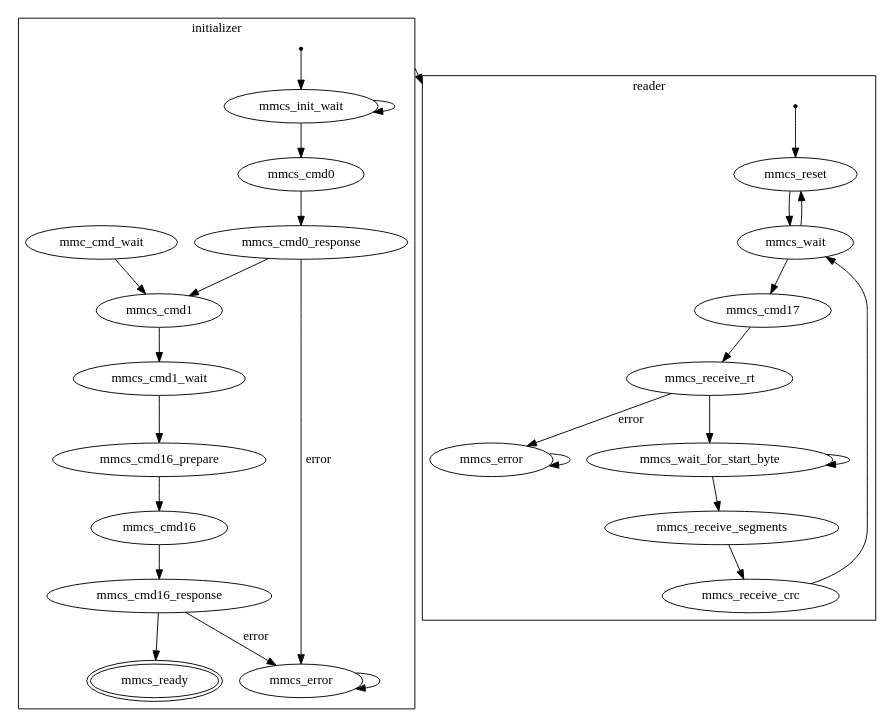
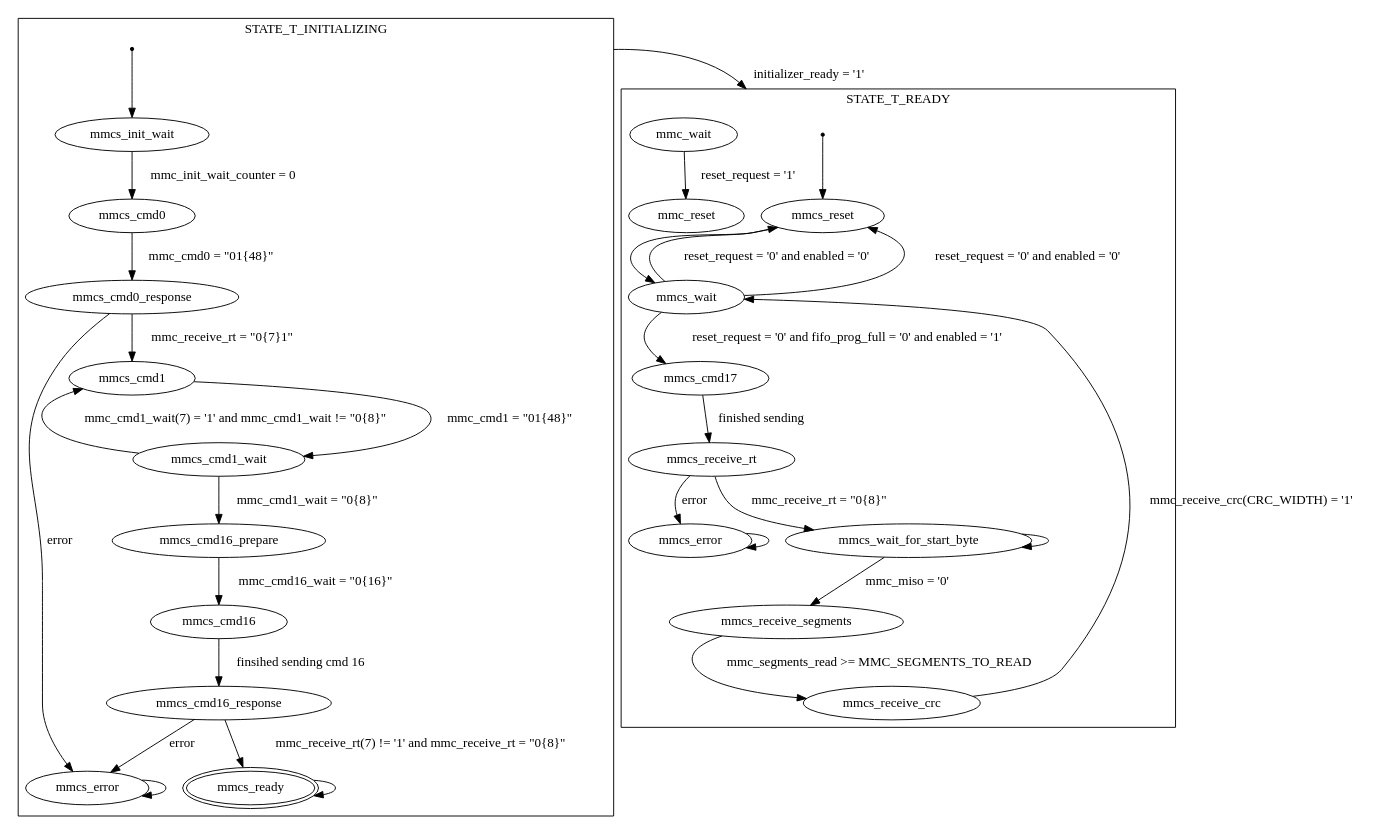
One commit to domoritz/S76D changed the diagram in docs/mmc_controller.dot. Above: the diagram before and after it, drawn with Graphviz. The commit also changed 5 other files, not shown here.

```diff
--- a/docs/mmc_controller.dot
+++ b/docs/mmc_controller.dot
@@ -1,46 +1,62 @@
 digraph G {
 	graph [compound=true];
 
 	start0 [shape=point];
 	start1 [shape=point];
 	mmcs_ready [peripheries=2];
 
-	DUMMY_0 -> DUMMY_1 [ltail=cluster_0, lhead=cluster_1];
+	DUMMY_0 -> DUMMY_1 [ltail=cluster_0 lhead=cluster_1 label="initializer_ready = '1'"];
 
 	subgraph cluster_0 {
-		label = "initializer";
+		label = "STATE_T_INITIALIZING";
 
 		DUMMY_0 [shape=point style=invis]
 
 		mmcs_error_initializer [label=mmcs_error];
-		start0 -> mmcs_init_wait -> mmcs_cmd0 -> mmcs_cmd0_response -> mmcs_cmd1 
-			-> mmcs_cmd1_wait -> mmcs_cmd16_prepare -> mmcs_cmd16 -> mmcs_cmd16_response -> mmcs_ready;
+		start0 -> mmcs_init_wait 
+		mmcs_init_wait -> mmcs_cmd0 [label="mmc_init_wait_counter = 0"] 
+		mmcs_cmd0 -> mmcs_cmd0_response [label="mmc_cmd0 = \"01{48}\""]
+		mmcs_cmd0_response -> mmcs_cmd1 [label="mmc_receive_rt = \"0{7}1\""] 
+		mmcs_cmd1 -> mmcs_cmd1_wait [label="mmc_cmd1 = \"01{48}\""]
+		mmcs_cmd1_wait -> mmcs_cmd16_prepare [label="mmc_cmd1_wait = \"0{8}\""]
+		mmcs_cmd1_wait -> mmcs_cmd1 [label="mmc_cmd1_wait(7) = '1' and mmc_cmd1_wait != \"0{8}\""]
+		mmcs_cmd16_prepare -> mmcs_cmd16 [label="mmc_cmd16_wait = \"0{16}\""]
+		mmcs_cmd16 -> mmcs_cmd16_response [label="finsihed sending cmd 16"]
+		mmcs_cmd16_response-> mmcs_ready [label="mmc_receive_rt(7) != '1' and mmc_receive_rt = \"0{8}\""];
+		mmcs_ready -> mmcs_ready;
 
 		//{rank=same; start0 mmcs_init_wait mmcs_cmd0 mmcs_cmd0_response mmcs_cmd1 mmcs_cmd1_wait 
 		//	mmcs_cmd16_prepare mmcs_cmd16 mmcs_cmd16_response mmcs_ready}
 
 		mmcs_cmd16_response -> mmcs_error_initializer [label="error"];
-		mmcs_init_wait -> mmcs_init_wait;
 		mmcs_cmd0_response -> mmcs_error_initializer [label="error"];
-		mmc_cmd_wait -> mmcs_cmd1;
 		mmcs_error_initializer -> mmcs_error_initializer;
 	}
 
 	subgraph cluster_1 {
-		label = "reader";
+		label = "STATE_T_READY";
 
 		DUMMY_1 [shape=point style=invis]
 
 		mmcs_error_reader [label=mmcs_error];
-		start1 -> mmcs_reset -> mmcs_wait -> mmcs_cmd17 -> mmcs_receive_rt -> mmcs_wait_for_start_byte 
-			-> mmcs_receive_segments -> mmcs_receive_crc -> mmcs_wait;
+
+		start1 -> mmcs_reset
+		mmcs_reset -> mmcs_wait
+		mmcs_wait -> mmcs_cmd17 [label="reset_request = '0' and fifo_prog_full = '0' and enabled = '1'"]
+		mmcs_wait -> mmcs_reset [label="reset_request = '0' and enabled = '0'"]
+		mmcs_wait -> mmcs_reset [label="reset_request = '0' and enabled = '0'"] 
+		mmc_wait -> mmc_reset [label="reset_request = '1'"]
+		mmcs_cmd17 -> mmcs_receive_rt [label="finished sending"]
+		mmcs_receive_rt -> mmcs_wait_for_start_byte [label="mmc_receive_rt = \"0{8}\""]
+		mmcs_wait_for_start_byte -> mmcs_receive_segments [label="mmc_miso = '0'"]
+		mmcs_receive_segments -> mmcs_receive_crc [label="mmc_segments_read >= MMC_SEGMENTS_TO_READ"]
+		mmcs_receive_crc -> mmcs_wait [label="mmc_receive_crc(CRC_WIDTH) = '1'"]
 
 		//{rank=same; start1 mmcs_reset mcs_wait mmcs_cmd17 mmcs_receive_rt mmcs_wait_for_start_byte 
 		//	mmcs_receive_segments mmcs_receive_crc mmcs_wait}
 
 		mmcs_wait_for_start_byte -> mmcs_wait_for_start_byte;
 		mmcs_receive_rt -> mmcs_error_reader [label="error"];
-		mmcs_wait -> mmcs_reset;
 		mmcs_error_reader -> mmcs_error_reader;
 	}
 }
```
